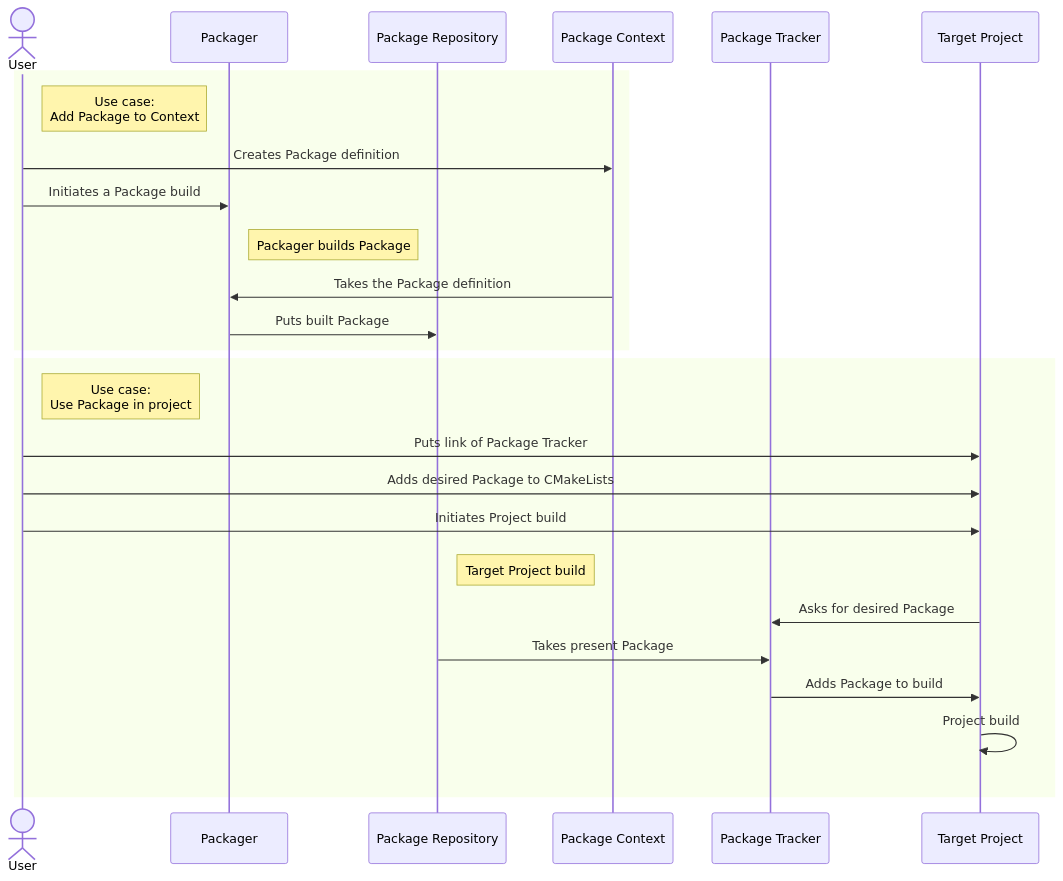
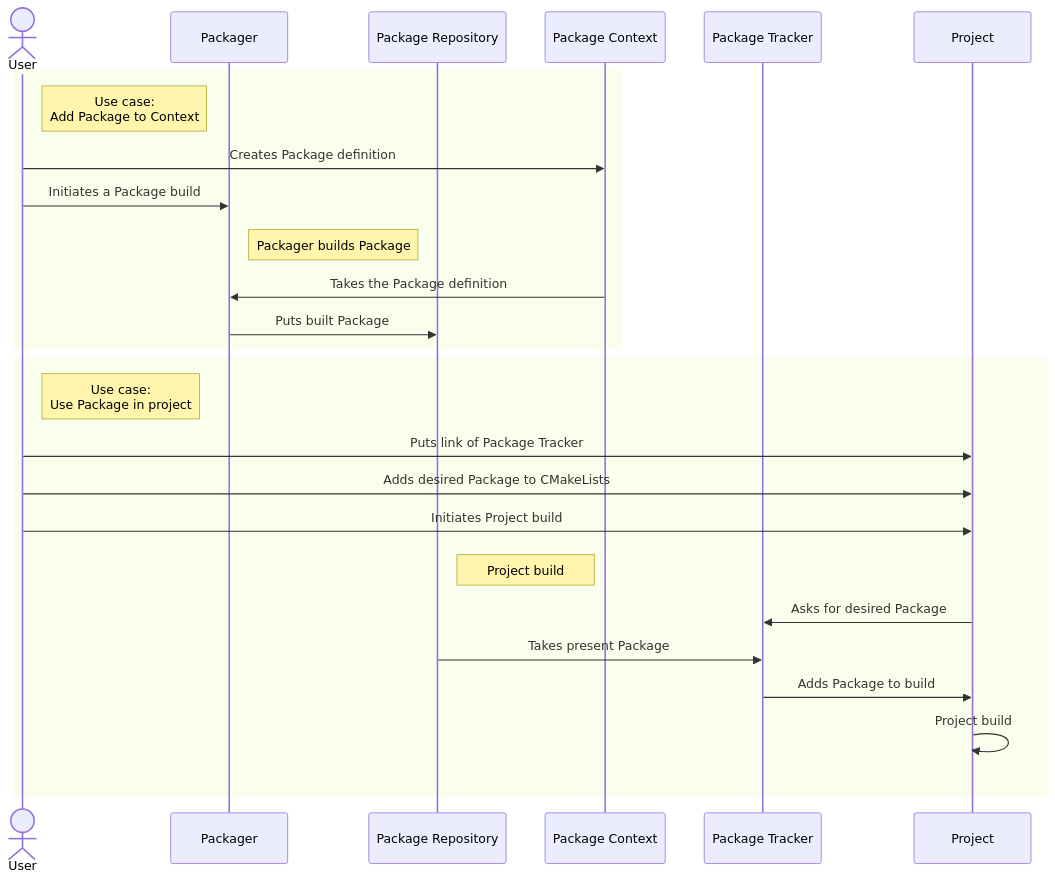
The diagram in docs/use_cases.md (bacpack-system/bacpack-system.github.io), drawn with Mermaid before and after one commit. The commit also changed other lines of this file and 4 other files, not shown here.

````diff
--- a/docs/use_cases.md
+++ b/docs/use_cases.md
@@ -8,33 +8,33 @@
 ```mermaid
 sequenceDiagram
   actor User
   participant Packager
   participant Package Repository
   participant Package Context
   participant Package Tracker
-  participant Target Project
+  participant Project
 
   rect
     Note right of User: Use case:<br/> Add Package to Context
     User->>Package Context: Creates Package definition
     User->>Packager: Initiates a Package build
     rect
       Note right of Packager: Packager builds Package
       Package Context->>Packager: Takes the Package definition
       Packager->>Package Repository: Puts built Package
     end
   end
   rect
     Note right of User: Use case:<br/> Use Package in project
-    User->>Target Project: Puts link of Package Tracker
-    User->>Target Project: Adds desired Package to CMakeLists
-    User->>Target Project: Initiates Project build
+    User->>Project: Puts link of Package Tracker
+    User->>Project: Adds desired Package to CMakeLists
+    User->>Project: Initiates Project build
     rect
-      Note right of Package Repository: Target Project build
-      Target Project->>Package Tracker: Asks for desired Package
+      Note right of Package Repository: Project build
+      Project->>Package Tracker: Asks for desired Package
       Package Repository->>Package Tracker: Takes present Package
-      Package Tracker->>Target Project: Adds Package to build
-      Target Project->>Target Project: Project build
+      Package Tracker->>Project: Adds Package to build
+      Project->>Project: Project build
     end
   end
 ```
````
